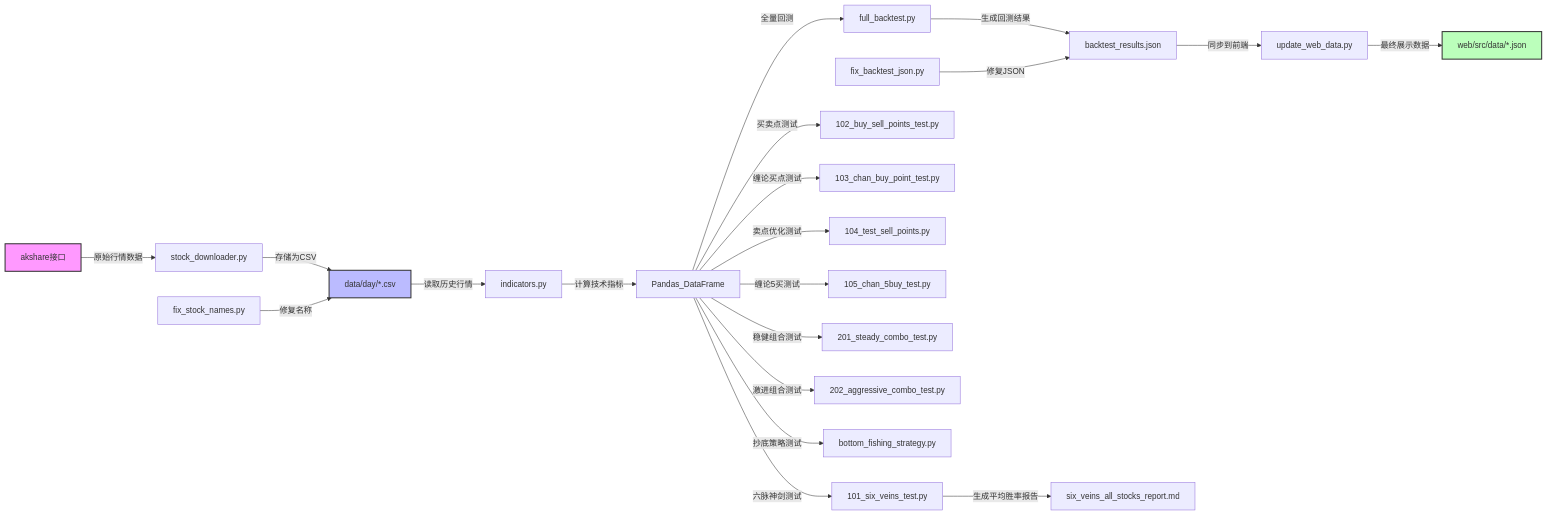
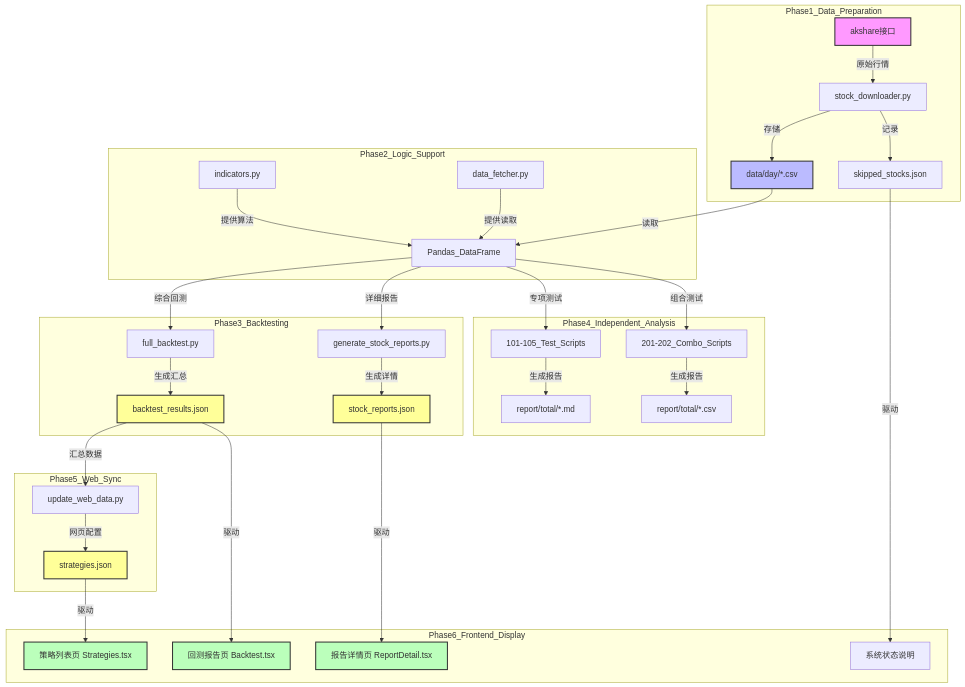
The diagram in 回测系统详细开发说明.md (zdsy-aa/tdx-strategy-backtest), drawn with Mermaid before and after one commit. The commit also changed other lines of this file, not shown here.

Commit message:
docs: 重新梳理高精度数据流程图，增加 JSON 与网页功能对应说明，校准调度顺序

````diff
--- a/回测系统详细开发说明.md
+++ b/回测系统详细开发说明.md
@@ -24,38 +28,58 @@
 ```mermaid
-graph LR
-    %% 数据源层
-    API[akshare接口] -- 原始行情数据 --> DL[stock_downloader.py]
-    DL -- 存储为CSV --> CSV[data/day/*.csv]
-    
-    %% 核心计算层
-    CSV -- 读取历史行情 --> IND[indicators.py]
-    IND -- 计算技术指标 --> DF[Pandas_DataFrame]
-    
-    %% 策略回测层
-    DF -- 全量回测 --> FB[full_backtest.py]
-    DF -- 六脉神剑测试 --> T101[101_six_veins_test.py]
-    DF -- 买卖点测试 --> T102[102_buy_sell_points_test.py]
-    DF -- 缠论买点测试 --> T103[103_chan_buy_point_test.py]
-    DF -- 卖点优化测试 --> T104[104_test_sell_points.py]
-    DF -- 缠论5买测试 --> T105[105_chan_5buy_test.py]
-    DF -- 稳健组合测试 --> T201[201_steady_combo_test.py]
-    DF -- 激进组合测试 --> T202[202_aggressive_combo_test.py]
-    DF -- 抄底策略测试 --> BFS[bottom_fishing_strategy.py]
-    
-    %% 结果输出层
-    FB -- 生成回测结果 --> BT_JSON[backtest_results.json]
-    T101 -- 生成平均胜率报告 --> R101[six_veins_all_stocks_report.md]
-    
-    %% 数据同步层
-    BT_JSON -- 同步到前端 --> UWD[update_web_data.py]
-    UWD -- 最终展示数据 --> WEB_JSON[web/src/data/*.json]
-    
-    %% 辅助工具
-    FIX1[fix_stock_names.py] -- 修复名称 --> CSV
-    FIX2[fix_backtest_json.py] -- 修复JSON --> BT_JSON
-    
-    %% 样式定义
+graph TD
+    %% 第一阶段：数据准备
+    subgraph Phase1_Data_Preparation
+        API[akshare接口] -- 原始行情 --> DL[stock_downloader.py]
+        DL -- 存储 --> CSV[data/day/*.csv]
+        DL -- 记录 --> SKIP[skipped_stocks.json]
+    end
+
+    %% 第二阶段：指标计算 (逻辑支撑类)
+    subgraph Phase2_Logic_Support
+        CSV -- 读取 --> DF[Pandas_DataFrame]
+        IND[indicators.py] -- 提供算法 --> DF
+        FET[data_fetcher.py] -- 提供读取 --> DF
+    end
+
+    %% 第三阶段：策略回测 (核心输出)
+    subgraph Phase3_Backtesting
+        DF -- 综合回测 --> FB[full_backtest.py]
+        DF -- 详细报告 --> GSR[generate_stock_reports.py]
+        
+        FB -- 生成汇总 --> BT_JSON[backtest_results.json]
+        GSR -- 生成详情 --> SR_JSON[stock_reports.json]
+    end
+
+    %% 第四阶段：独立分析 (MD报告输出)
+    subgraph Phase4_Independent_Analysis
+        DF -- 专项测试 --> T10X[101-105_Test_Scripts]
+        DF -- 组合测试 --> T20X[201-202_Combo_Scripts]
+        
+        T10X -- 生成报告 --> MD_REP[report/total/*.md]
+        T20X -- 生成报告 --> CSV_REP[report/total/*.csv]
+    end
+
+    %% 第五阶段：网页同步
+    subgraph Phase5_Web_Sync
+        BT_JSON -- 汇总数据 --> UWD[update_web_data.py]
+        UWD -- 网页配置 --> STR_JSON[strategies.json]
+    end
+
+    %% 第六阶段：前端展示 (JSON对应关系)
+    subgraph Phase6_Frontend_Display
+        BT_JSON -- 驱动 --> PAGE1[回测报告页 Backtest.tsx]
+        SR_JSON -- 驱动 --> PAGE2[报告详情页 ReportDetail.tsx]
+        STR_JSON -- 驱动 --> PAGE3[策略列表页 Strategies.tsx]
+        SKIP -- 驱动 --> PAGE4[系统状态说明]
+    end
+
+    %% 样式美化
     style API fill:#f9f,stroke:#333,stroke-width:2px
     style CSV fill:#bbf,stroke:#333,stroke-width:2px
-    style WEB_JSON fill:#bfb,stroke:#333,stroke-width:2px
+    style BT_JSON fill:#ff9,stroke:#333,stroke-width:2px
+    style SR_JSON fill:#ff9,stroke:#333,stroke-width:2px
+    style STR_JSON fill:#ff9,stroke:#333,stroke-width:2px
+    style PAGE1 fill:#bfb,stroke:#333,stroke-width:2px
+    style PAGE2 fill:#bfb,stroke:#333,stroke-width:2px
+    style PAGE3 fill:#bfb,stroke:#333,stroke-width:2px
 ```
````
